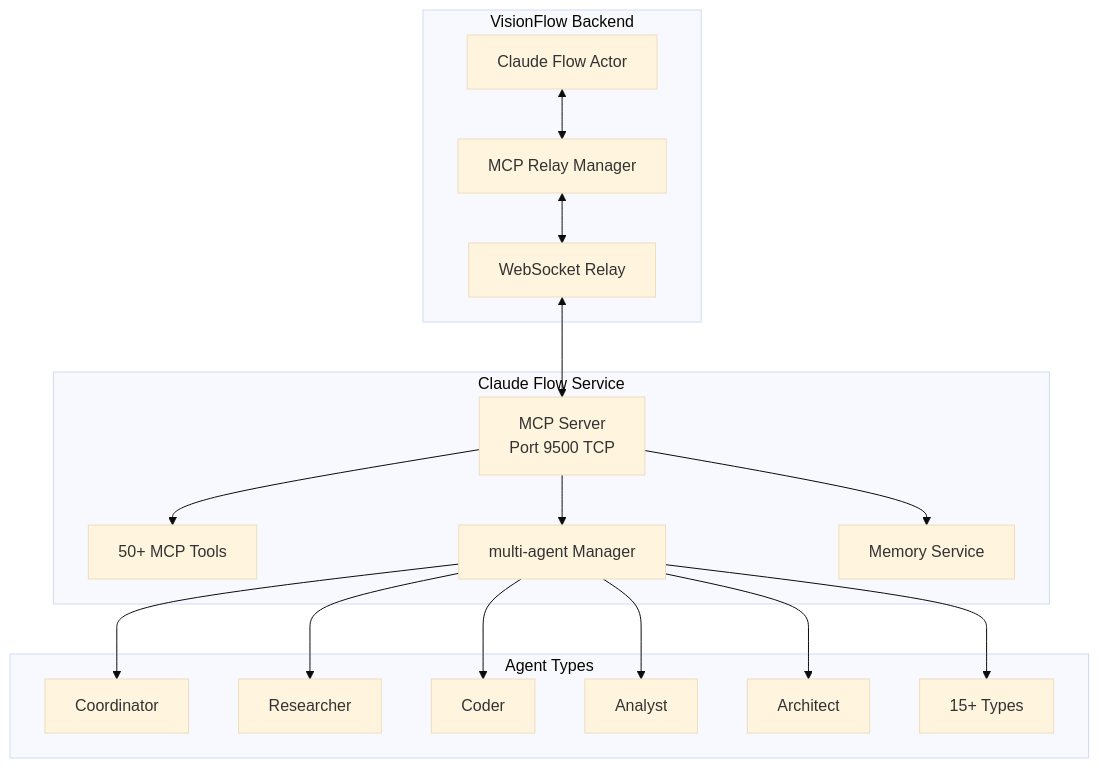
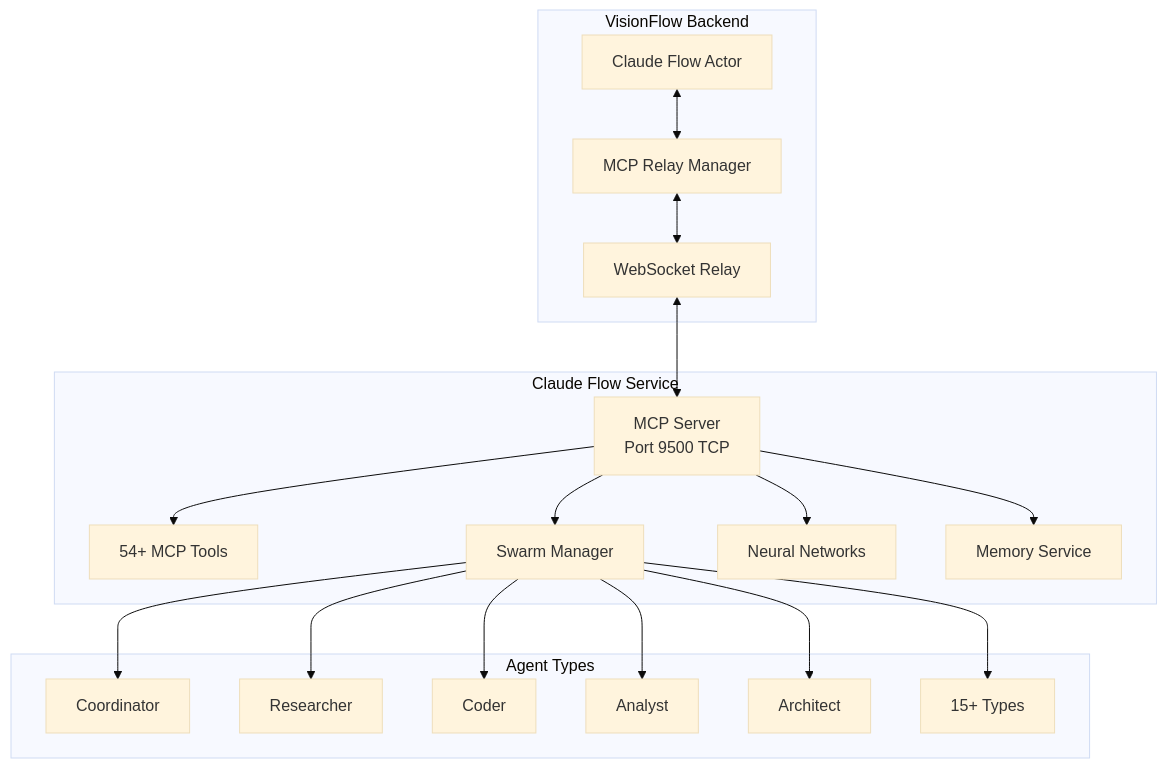
Before and after one commit to DreamLab-AI/VisionFlow: the seventh of 9 diagrams in docs/architecture/system-overview.md, drawn with Mermaid (base theme). The commit also changed other lines of this file and 69 other files, not shown here.

````diff
--- a/docs/architecture/system-overview.md
+++ b/docs/architecture/system-overview.md
@@ -437,39 +437,41 @@
 ```mermaid
 graph TB
     subgraph "VisionFlow Backend"
         CFActor[Claude Flow Actor]
         MCPRelay[MCP Relay Manager]
         WSRelay[WebSocket Relay]
     end
 
     subgraph "Claude Flow Service"
         MCPServer[MCP Server<br/>Port 9500 TCP]
-        Tools[50+ MCP Tools]
-        multi-agent[multi-agent Manager]
+        Tools[54+ MCP Tools]
+        SwarmMgr[Swarm Manager]
+        Neural[Neural Networks]
         Memory[Memory Service]
     end
 
     subgraph "Agent Types"
         Coord[Coordinator]
         Research[Researcher]
         Coder[Coder]
         Analyst[Analyst]
         Architect[Architect]
         Others[15+ Types]
     end
 
     CFActor <--> MCPRelay
     MCPRelay <--> WSRelay
     WSRelay <--> MCPServer
 
     MCPServer --> Tools
-    MCPServer --> multi-agent
+    MCPServer --> SwarmMgr
+    MCPServer --> Neural
     MCPServer --> Memory
 
-    multi-agent --> Coord
-    multi-agent --> Research
-    multi-agent --> Coder
-    multi-agent --> Analyst
-    multi-agent --> Architect
-    multi-agent --> Others
+    SwarmMgr --> Coord
+    SwarmMgr --> Research
+    SwarmMgr --> Coder
+    SwarmMgr --> Analyst
+    SwarmMgr --> Architect
+    SwarmMgr --> Others
 ```
````
